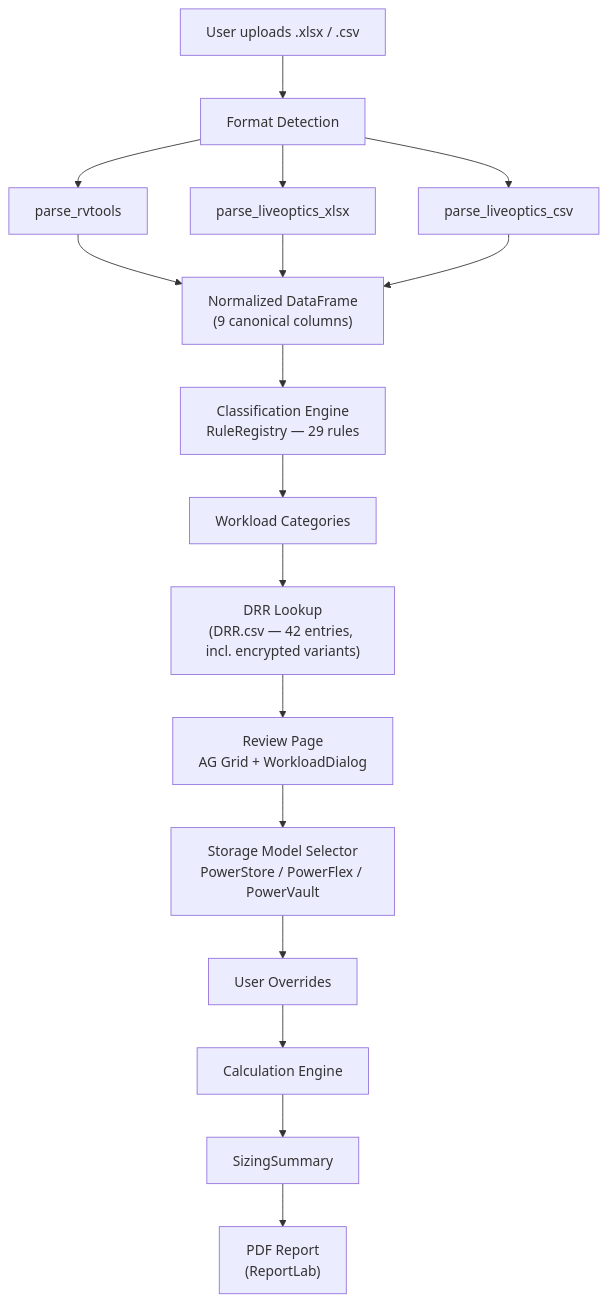
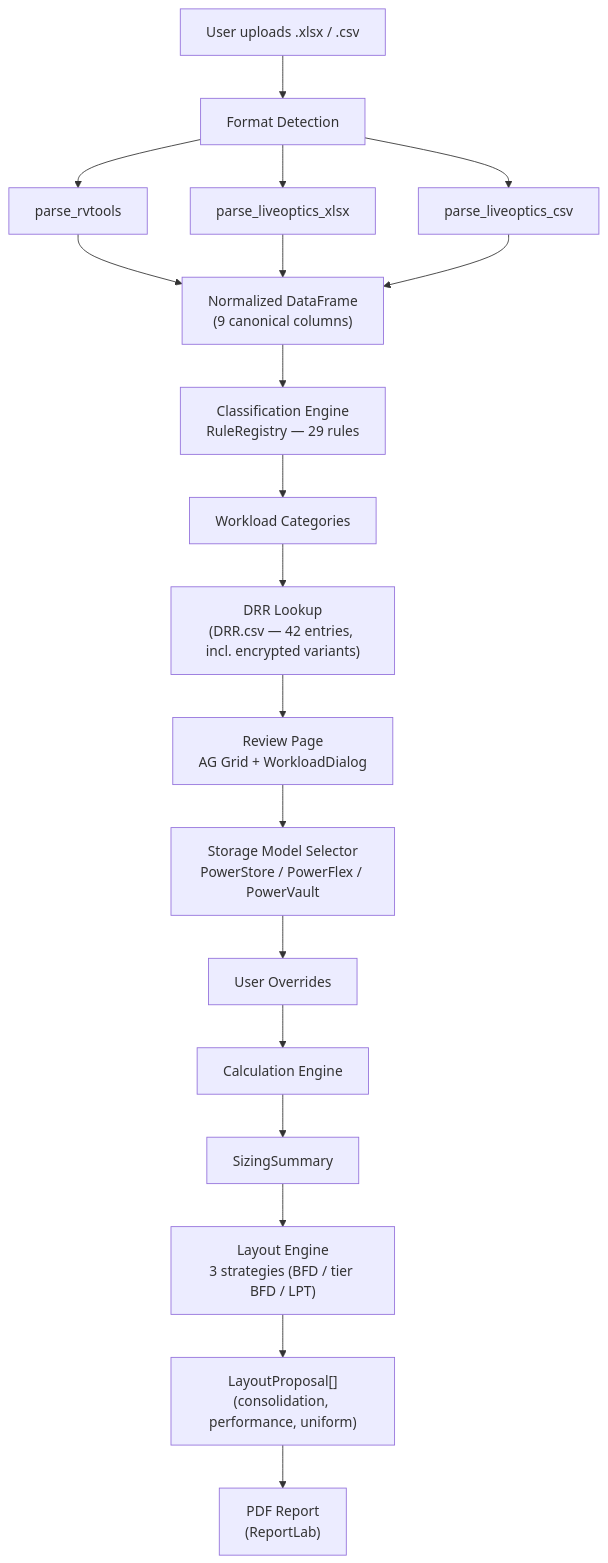
Before and after one commit to fjacquet/store-predict: the first of 3 diagrams in docs/architecture.md, drawn with Mermaid. The commit also changed other lines of this file and 1 other file, not shown here.

First line of the commit message:
docs(15-02): update architecture.md and CHANGELOG.md for layout engine

````diff
--- a/docs/architecture.md
+++ b/docs/architecture.md
@@ -15,25 +17,27 @@
 ```mermaid
 flowchart TD
     Upload["User uploads .xlsx / .csv"] --> Detect["Format Detection"]
 
     Detect --> RV["parse_rvtools"]
     Detect --> LOX["parse_liveoptics_xlsx"]
     Detect --> LOC["parse_liveoptics_csv"]
 
     RV --> Norm["Normalized DataFrame<br/>(9 canonical columns)"]
     LOX --> Norm
     LOC --> Norm
 
     Norm --> Class["Classification Engine<br/>RuleRegistry — 29 rules"]
     Class --> Categories["Workload Categories"]
 
     Categories --> DRR["DRR Lookup<br/>(DRR.csv — 42 entries, incl. encrypted variants)"]
     DRR --> Review["Review Page<br/>AG Grid + WorkloadDialog"]
     Review --> Model["Storage Model Selector<br/>PowerStore / PowerFlex / PowerVault"]
     Model --> Overrides["User Overrides"]
 
     Overrides --> Calc["Calculation Engine"]
     Calc --> Summary["SizingSummary"]
 
-    Summary --> PDF["PDF Report<br/>(ReportLab)"]
+    Summary --> Layout["Layout Engine<br/>3 strategies (BFD / tier BFD / LPT)"]
+    Layout --> Proposals["LayoutProposal[]<br/>(consolidation, performance, uniform)"]
+    Proposals --> PDF["PDF Report<br/>(ReportLab)"]
 ```
````
